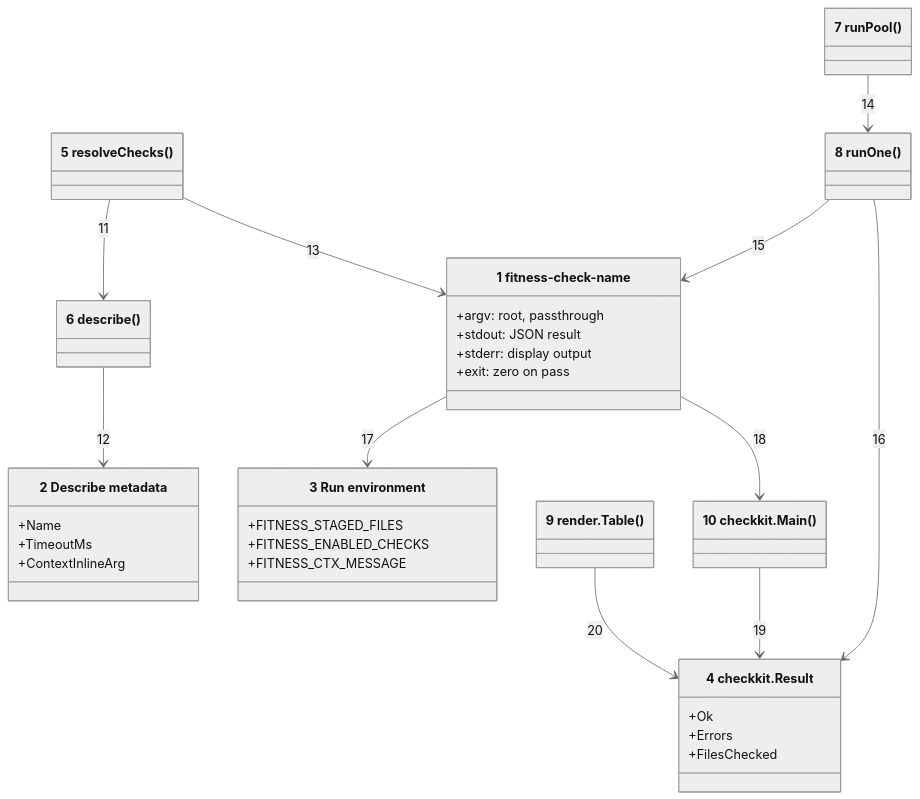
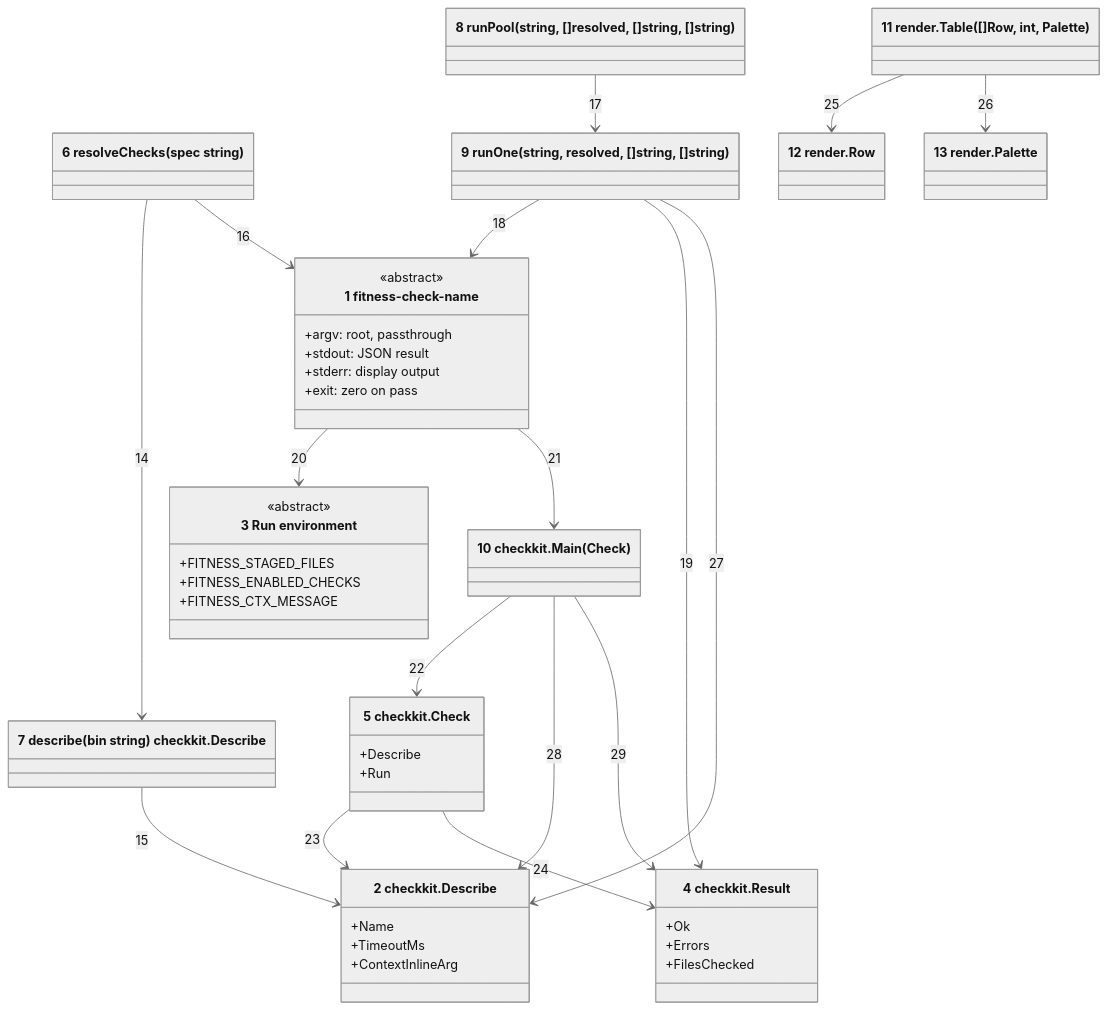
The first of 2 diagrams in docs/architecture/04-code.md (may-journal/fitness-runner), drawn with Mermaid (neutral theme) before and after one commit. The commit also changed other lines of this file and 25 other files, not shown here.

First line of the commit message:
feat(architecture): match the code view to files, symbols, and relations

````diff
--- a/docs/architecture/04-code.md
+++ b/docs/architecture/04-code.md
@@ -7,41 +7,55 @@
 ```mermaid
 classDiagram
     class CheckBinary["1 fitness-check-name"] {
+        <<abstract>>
         +argv: root, passthrough
         +stdout: JSON result
         +stderr: display output
         +exit: zero on pass
     }
-    class Describe["2 Describe metadata"] {
+    class Describe["2 checkkit.Describe"] {
         +Name
         +TimeoutMs
         +ContextInlineArg
     }
     class RunEnv["3 Run environment"] {
+        <<abstract>>
         +FITNESS_STAGED_FILES
         +FITNESS_ENABLED_CHECKS
         +FITNESS_CTX_MESSAGE
     }
     class Result["4 checkkit.Result"] {
         +Ok
         +Errors
         +FilesChecked
     }
-    class resolveChecks["5 resolveChecks()"]
-    class describe["6 describe()"]
-    class runPool["7 runPool()"]
-    class runOne["8 runOne()"]
-    class renderTable["9 render.Table()"]
-    class checkkitMain["10 checkkit.Main()"]
+    class Check["5 checkkit.Check"] {
+        +Describe
+        +Run
+    }
+    class resolveChecks["6 resolveChecks(spec string)"]
+    class describe["7 describe(bin string) checkkit.Describe"]
+    class runPool["8 runPool(string, []resolved, []string, []string)"]
+    class runOne["9 runOne(string, resolved, []string, []string)"]
+    class checkkitMain["10 checkkit.Main(Check)"]
+    class renderTable["11 render.Table([]Row, int, Palette)"]
+    class Row["12 render.Row"]
+    class Palette["13 render.Palette"]
 
-    resolveChecks --> describe : 11
-    describe --> Describe : 12
-    resolveChecks --> CheckBinary : 13
-    runPool --> runOne : 14
-    runOne --> CheckBinary : 15
-    runOne --> Result : 16
-    CheckBinary --> RunEnv : 17
-    CheckBinary --> checkkitMain : 18
-    checkkitMain --> Result : 19
-    renderTable --> Result : 20
+    resolveChecks --> describe : 14
+    describe --> Describe : 15
+    resolveChecks --> CheckBinary : 16
+    runPool --> runOne : 17
+    runOne --> CheckBinary : 18
+    runOne --> Result : 19
+    CheckBinary --> RunEnv : 20
+    CheckBinary --> checkkitMain : 21
+    checkkitMain --> Check : 22
+    Check --> Describe : 23
+    Check --> Result : 24
+    renderTable --> Row : 25
+    renderTable --> Palette : 26
+    runOne --> Describe : 27
+    checkkitMain --> Describe : 28
+    checkkitMain --> Result : 29
 ```
````
